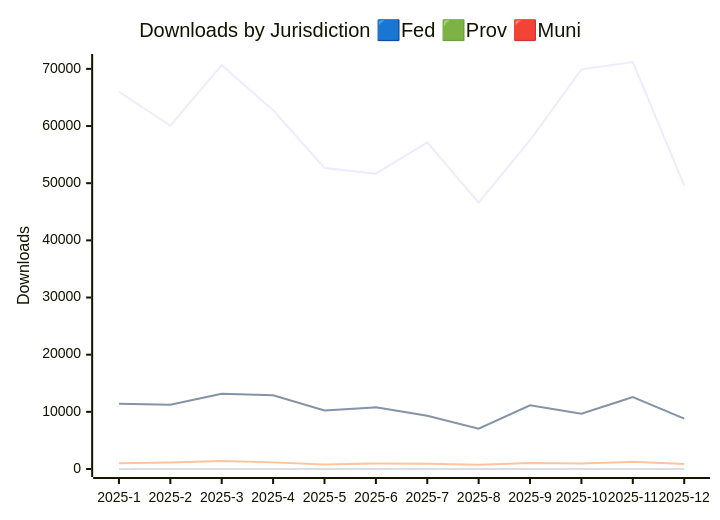
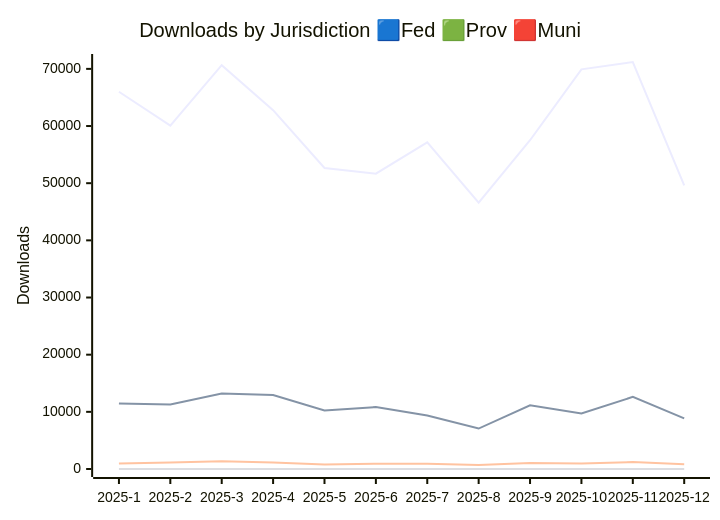
One commit to open-data/analytics-corporate-reporting changed the first of 3 diagrams in JURISDICTION_ANALYTICS_REPORT/readme.md. Above: the diagram before and after it, drawn with Mermaid. The commit also changed other lines of this file and 3 other files, not shown here.

````diff
--- a/JURISDICTION_ANALYTICS_REPORT/readme.md
+++ b/JURISDICTION_ANALYTICS_REPORT/readme.md
@@ -13,11 +13,11 @@
 ```mermaid
 
 xychart-beta
     title "Downloads by Jurisdiction 🟦Fed 🟩Prov 🟥Muni"
     x-axis [2025-1, 2025-2, 2025-3, 2025-4, 2025-5, 2025-6, 2025-7, 2025-8, 2025-9, 2025-10, 2025-11, 2025-12]
     y-axis "Downloads" 0 --> 71202
     line [66000, 60078, 70649, 62779, 52667, 51662, 57147, 46584, 57516, 69913, 71192, 49607]
-    line [11399, 11256, 13169, 12908, 10235, 10796, 9320, 7047, 11134, 9680, 12585, 8825]
-    line [986, 1150, 1383, 1159, 787, 948, 938, 741, 1069, 980, 1257, 887]
+    line [11438, 11284, 13207, 12940, 10249, 10825, 9355, 7076, 11153, 9701, 12618, 8861]
+    line [947, 1122, 1345, 1127, 773, 919, 903, 712, 1050, 959, 1224, 851]
     line [0, 0, 0, 0, 0, 0, 0, 0, 0, 3, 2, 17]
 ```
````
